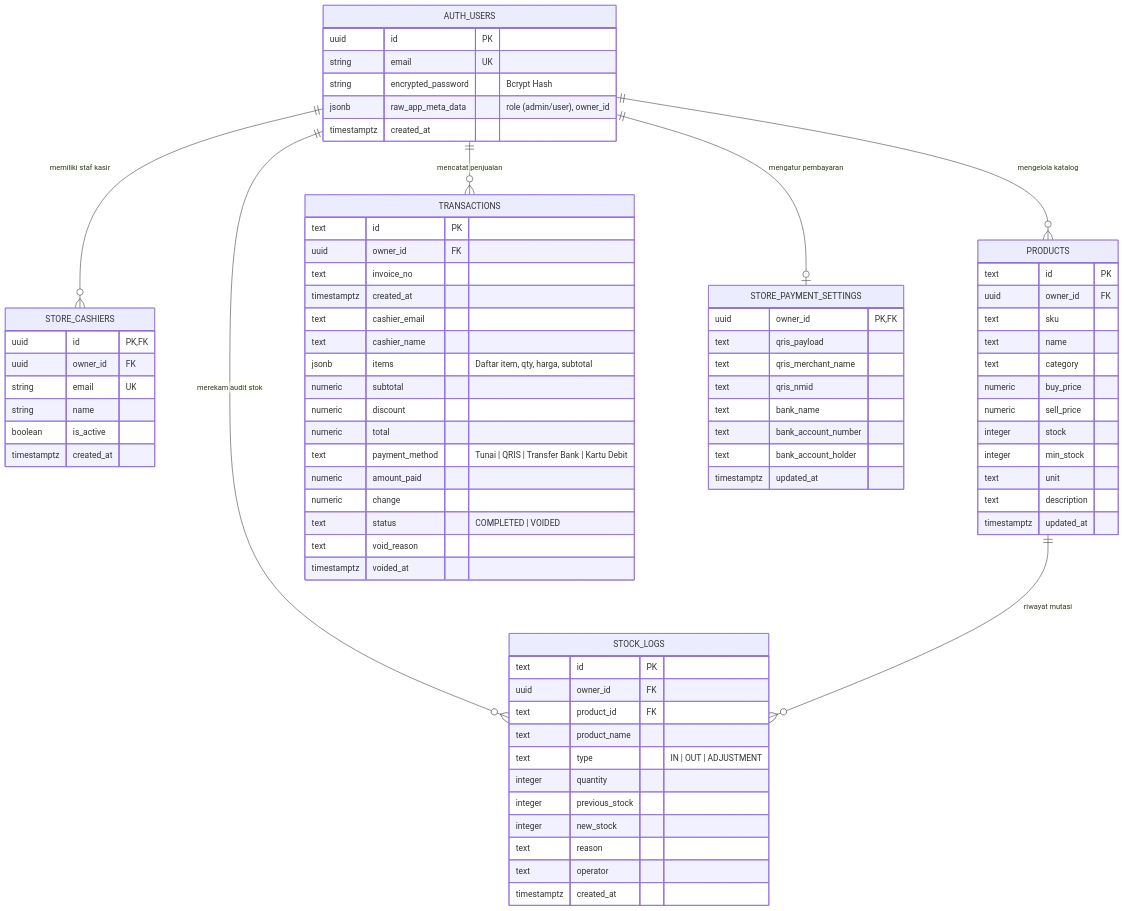
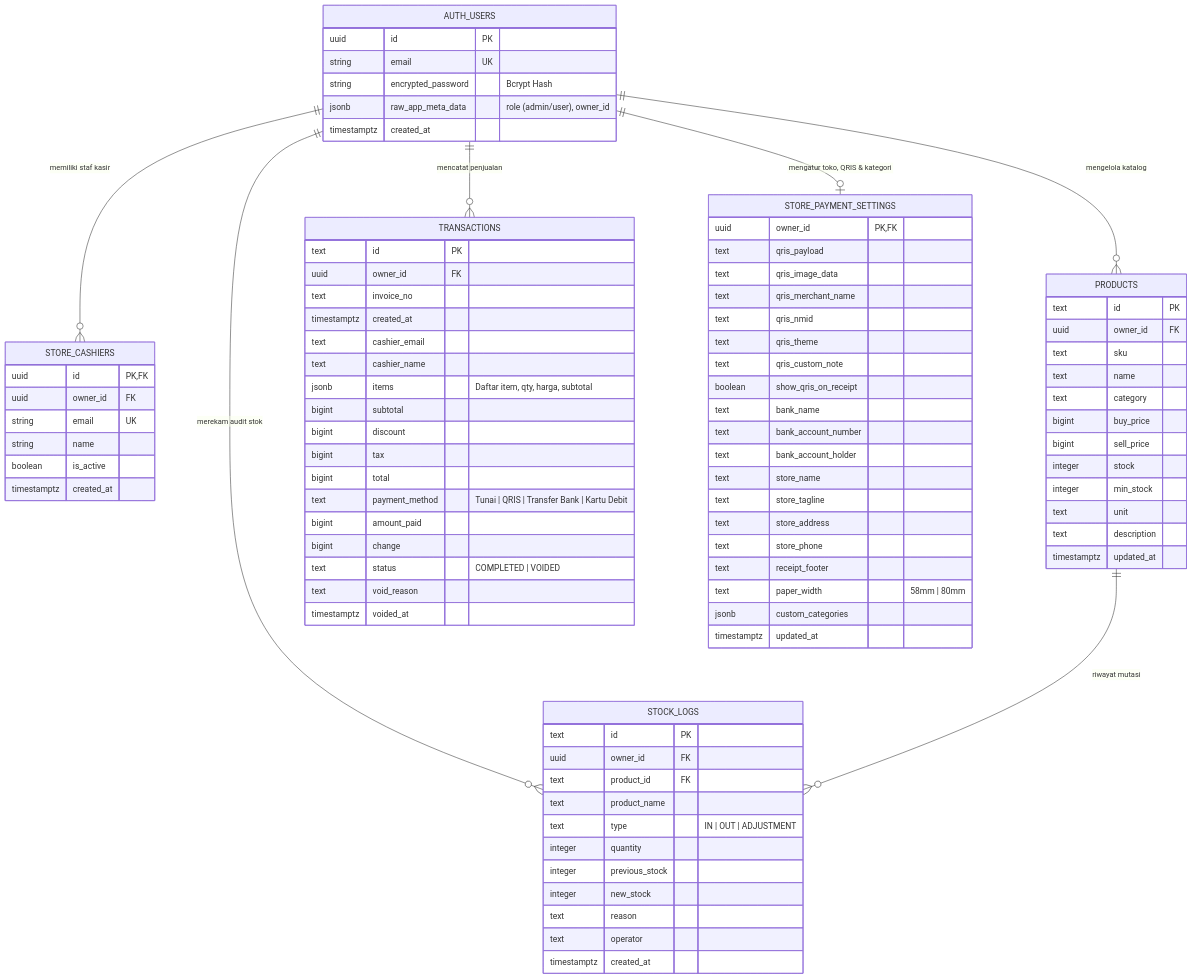
Before and after one commit to AdrianVallenz/SIPB: the diagram in README.md, drawn with Mermaid. The commit also changed other lines of this file and 14 other files, not shown here.

Commit message:
docs(readme): add live section screenshots and update architecture documentation

````diff
--- a/README.md
+++ b/README.md
@@ -46,7 +119,7 @@
     AUTH_USERS ||--o{ PRODUCTS : "mengelola katalog"
     AUTH_USERS ||--o{ TRANSACTIONS : "mencatat penjualan"
     AUTH_USERS ||--o{ STOCK_LOGS : "merekam audit stok"
-    AUTH_USERS ||--o| STORE_PAYMENT_SETTINGS : "mengatur pembayaran"
+    AUTH_USERS ||--o| STORE_PAYMENT_SETTINGS : "mengatur toko, QRIS & kategori"
     PRODUCTS ||--o{ STOCK_LOGS : "riwayat mutasi"
 
     AUTH_USERS {
@@ -72,8 +145,8 @@
         text sku
         text name
         text category
-        numeric buy_price
-        numeric sell_price
+        bigint buy_price
+        bigint sell_price
         integer stock
         integer min_stock
         text unit
@@ -89,12 +162,13 @@
         text cashier_email
         text cashier_name
         jsonb items "Daftar item, qty, harga, subtotal"
-        numeric subtotal
-        numeric discount
-        numeric total
+        bigint subtotal
+        bigint discount
+        bigint tax
+        bigint total
         text payment_method "Tunai | QRIS | Transfer Bank | Kartu Debit"
-        numeric amount_paid
-        numeric change
+        bigint amount_paid
+        bigint change
         text status "COMPLETED | VOIDED"
         text void_reason
         timestamptz voided_at
@@ -117,11 +191,22 @@
     STORE_PAYMENT_SETTINGS {
         uuid owner_id PK, FK
         text qris_payload
+        text qris_image_data
         text qris_merchant_name
         text qris_nmid
+        text qris_theme
+        text qris_custom_note
+        boolean show_qris_on_receipt
         text bank_name
         text bank_account_number
         text bank_account_holder
+        text store_name
+        text store_tagline
+        text store_address
+        text store_phone
+        text receipt_footer
+        text paper_width "58mm | 80mm"
+        jsonb custom_categories
         timestamptz updated_at
     }
 ```
````
